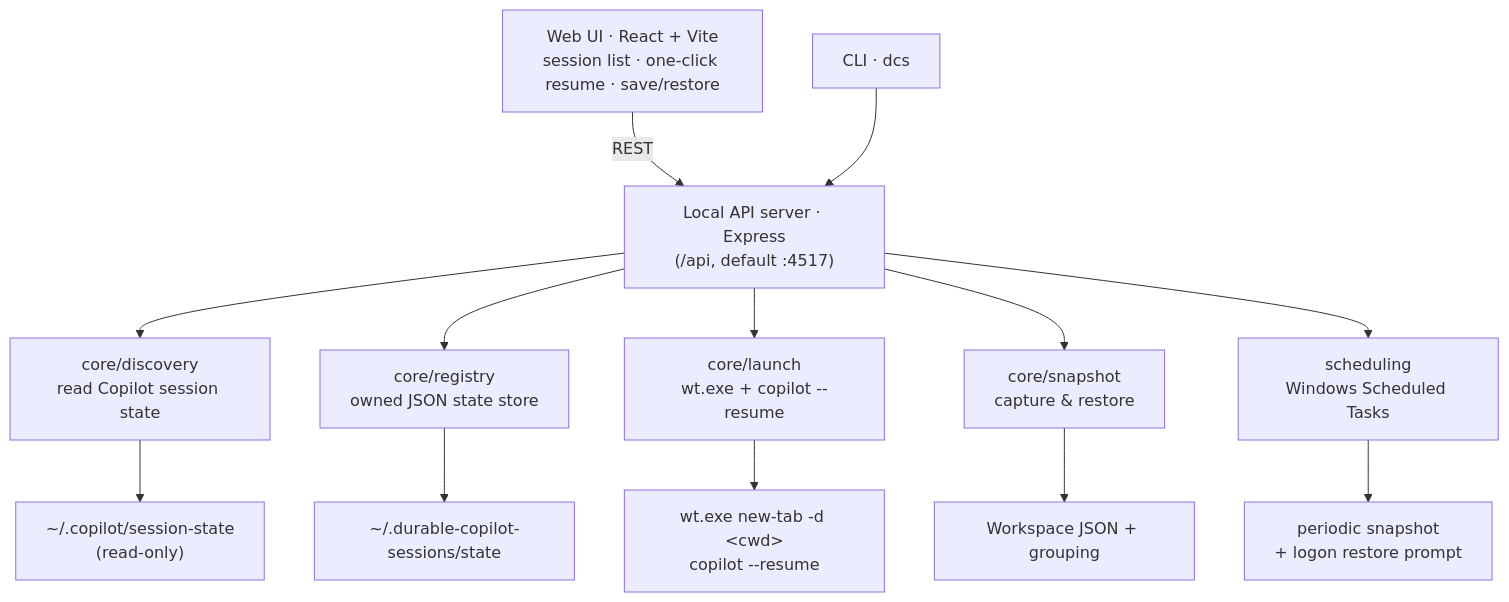
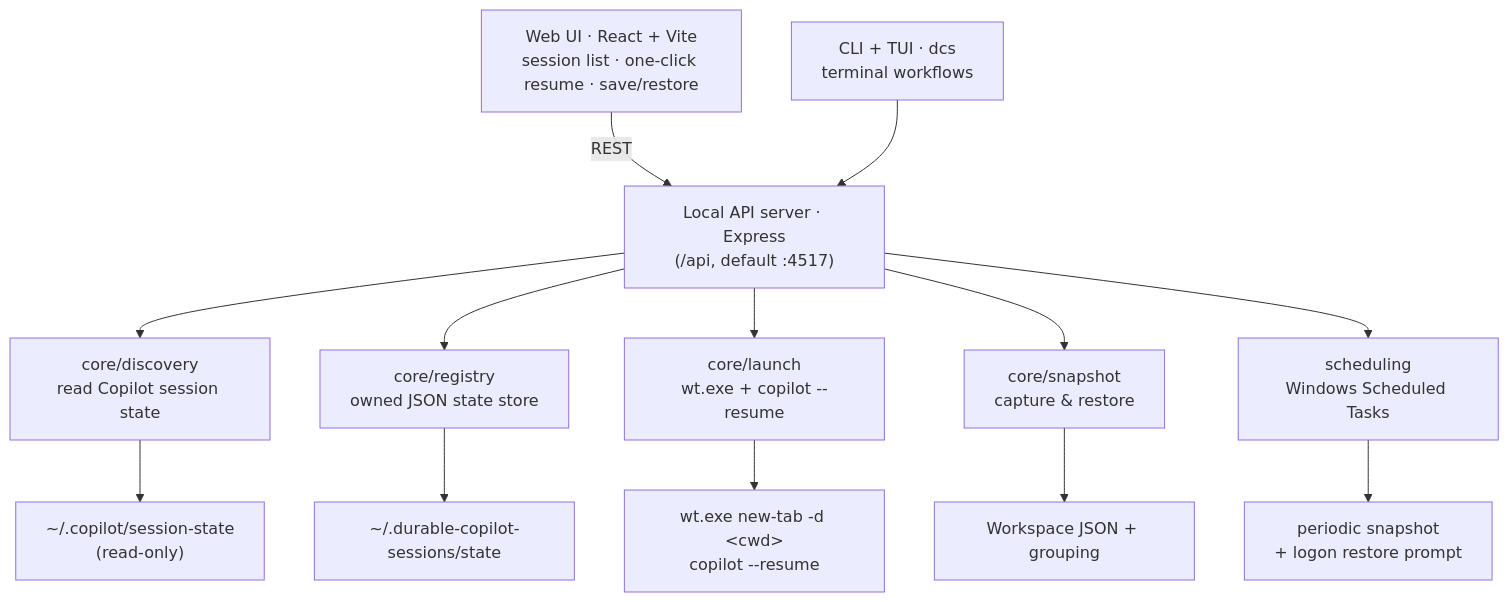
One commit to namra98/durable-copilot-sessions changed the diagram in README.md. Above: the diagram before and after it, drawn with Mermaid. The commit also changed other lines of this file and 7 other files, not shown here.

First line of the commit message:
Add terminal TUI dashboard

````diff
--- a/README.md
+++ b/README.md
@@ -235,21 +263,21 @@
 ```mermaid
 flowchart TB
     web["Web UI · React + Vite<br/>session list · one-click resume · save/restore"]
-    cli["CLI · dcs"]
+    cli["CLI + TUI · dcs<br/>terminal workflows"]
     api["Local API server · Express<br/>(/api, default :4517)"]
 
     web -->|REST| api
     cli --> api
 
     api --> discovery["core/discovery<br/>read Copilot session state"]
     api --> registry["core/registry<br/>owned JSON state store"]
     api --> launch["core/launch<br/>wt.exe + copilot --resume"]
     api --> snapshot["core/snapshot<br/>capture &amp; restore"]
     api --> scheduling["scheduling<br/>Windows Scheduled Tasks"]
 
     discovery --> d1["~/.copilot/session-state<br/>(read-only)"]
     registry --> d2["~/.durable-copilot-sessions/state"]
     launch --> d3["wt.exe new-tab -d &lt;cwd&gt;<br/>copilot --resume"]
     snapshot --> d4["Workspace JSON + grouping"]
     scheduling --> d5["periodic snapshot<br/>+ logon restore prompt"]
 ```
````
